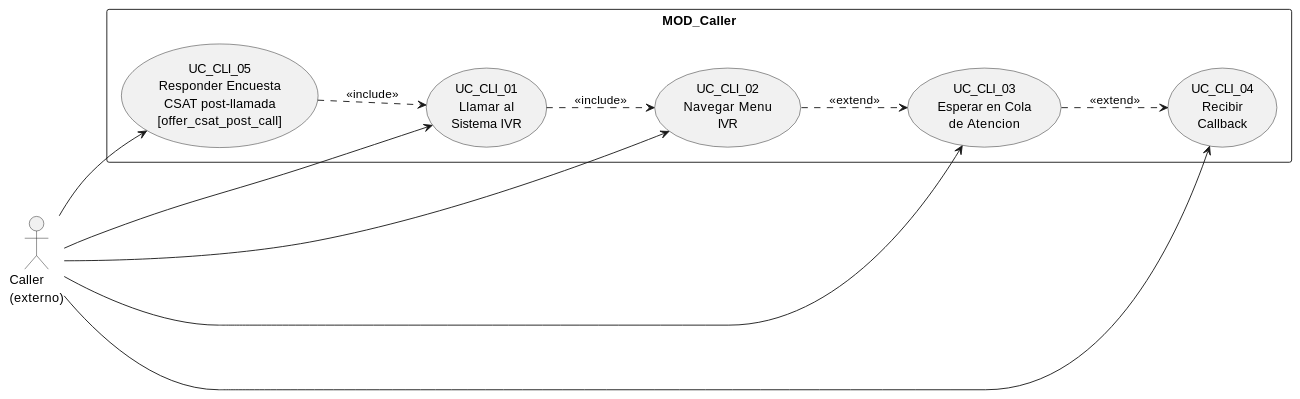
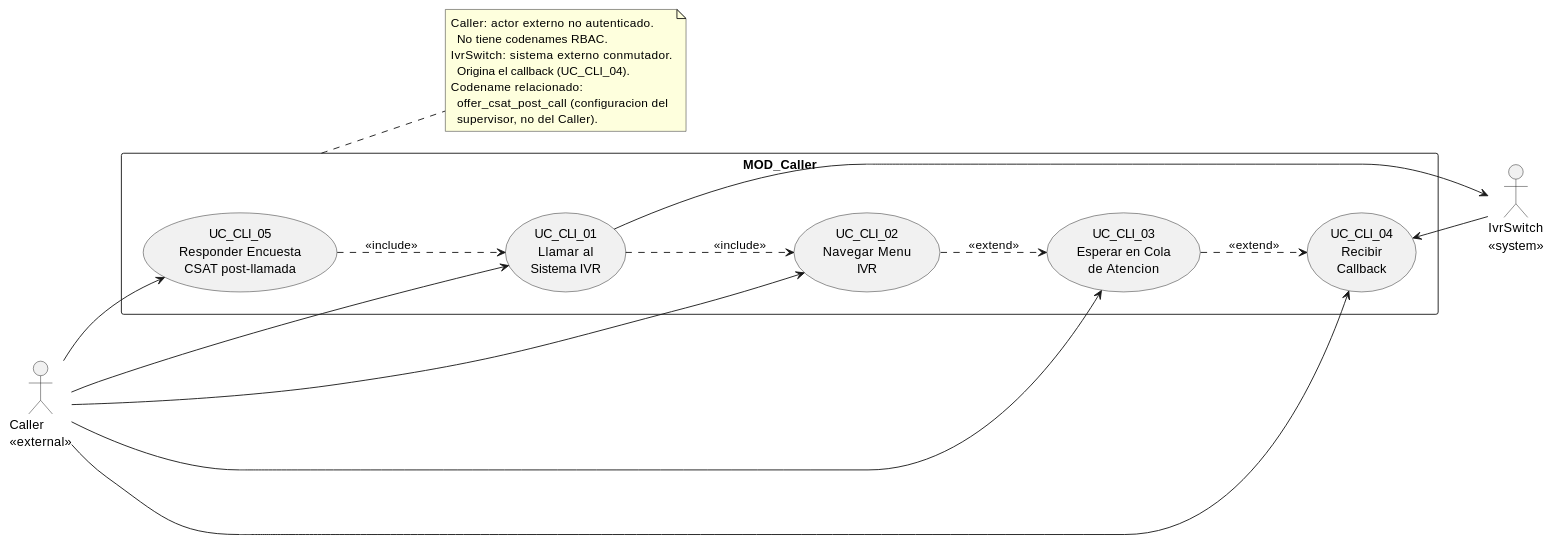
Before and after one commit to jcg-admin/IACT-docs: the diagram in source/arquitectura-tecnica/use-case-view/uc-caller.rst, drawn with PlantUML. The commit also changed other lines of this file and 30 other files, not shown here.

First line of the commit message:
Apply UML-07 conformance to use-case-view: actors as roles

```diff
--- a/source/arquitectura-tecnica/use-case-view/uc-caller.rst
+++ b/source/arquitectura-tecnica/use-case-view/uc-caller.rst
@@ -26,28 +23,43 @@
 .. uml::
- :caption: Figura 27 — MOD_Caller: casos de uso
+ :caption: MOD_Caller — Caller externo es el actor principal;
+           IvrSwitch es sistema externo conmutador.
 
  @startuml
  left to right direction
 
- actor "Caller\n(externo)" as CALLER
+ actor "Caller\n<<external>>"     as Caller
+ actor "IvrSwitch\n<<system>>"    as IvrSwitch
 
  rectangle "MOD_Caller" {
    usecase "UC_CLI_01\nLlamar al\nSistema IVR" as LLAMAR_SISTEMA_IVR
    usecase "UC_CLI_02\nNavegar Menu\nIVR" as NAVEGAR_MENU_IVR
    usecase "UC_CLI_03\nEsperar en Cola\nde Atencion" as ESPERAR_COLA
    usecase "UC_CLI_04\nRecibir\nCallback" as RECIBIR_CALLBACK
-   usecase "UC_CLI_05\nResponder Encuesta\nCSAT post-llamada\n[offer_csat_post_call]" as RESPONDER_ENCUESTA_CSAT
+   usecase "UC_CLI_05\nResponder Encuesta\nCSAT post-llamada" as RESPONDER_ENCUESTA_CSAT
  }
 
- CALLER --> LLAMAR_SISTEMA_IVR
- CALLER --> NAVEGAR_MENU_IVR
- CALLER --> ESPERAR_COLA
- CALLER --> RECIBIR_CALLBACK
- CALLER --> RESPONDER_ENCUESTA_CSAT
+ Caller --> LLAMAR_SISTEMA_IVR
+ Caller --> NAVEGAR_MENU_IVR
+ Caller --> ESPERAR_COLA
+ Caller --> RECIBIR_CALLBACK
+ Caller --> RESPONDER_ENCUESTA_CSAT
+
+ LLAMAR_SISTEMA_IVR --> IvrSwitch
+ RECIBIR_CALLBACK   <-- IvrSwitch
 
  LLAMAR_SISTEMA_IVR ..> NAVEGAR_MENU_IVR : <<include>>
  NAVEGAR_MENU_IVR ..> ESPERAR_COLA : <<extend>>
  ESPERAR_COLA ..> RECIBIR_CALLBACK : <<extend>>
  RESPONDER_ENCUESTA_CSAT ..> LLAMAR_SISTEMA_IVR : <<include>>
 
+ note right of MOD_Caller
+   Caller: actor externo no autenticado.
+     No tiene codenames RBAC.
+   IvrSwitch: sistema externo conmutador.
+     Origina el callback (UC_CLI_04).
+   Codename relacionado:
+     offer_csat_post_call (configuracion del
+     supervisor, no del Caller).
+ end note
+
  @enduml
```
